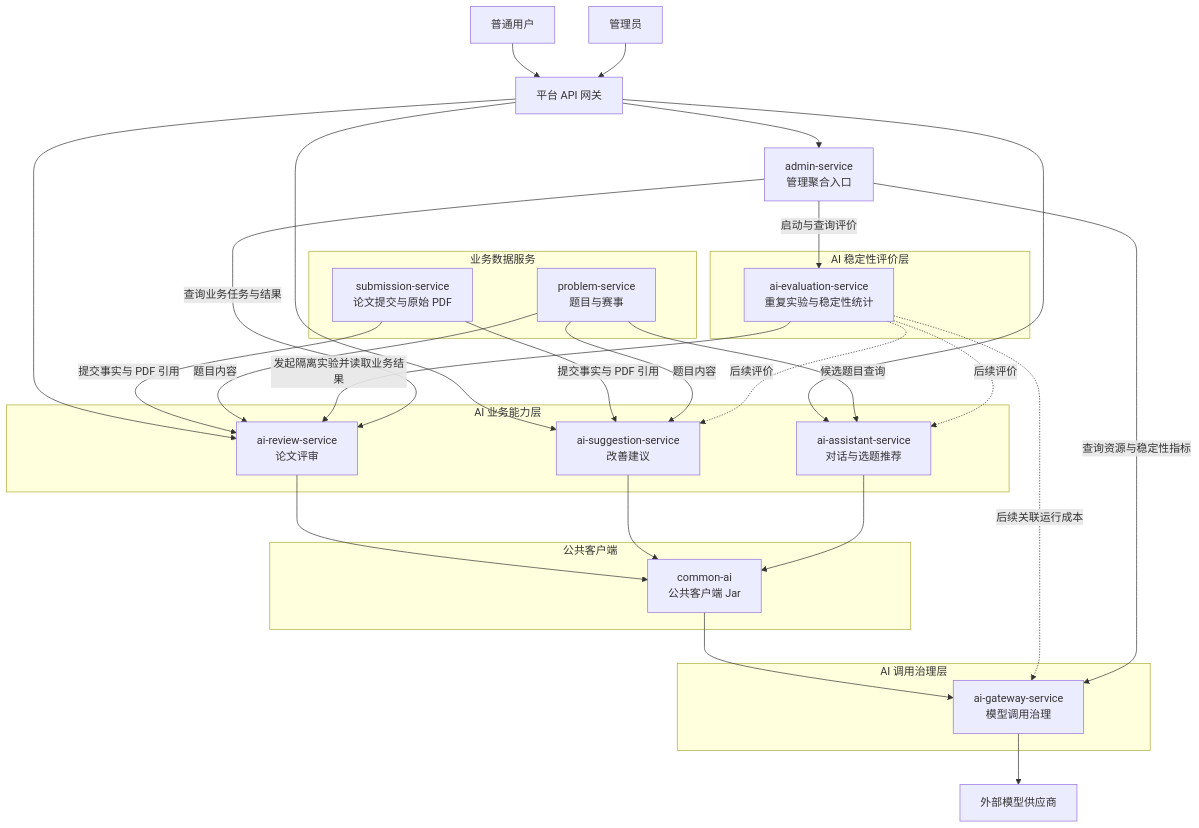
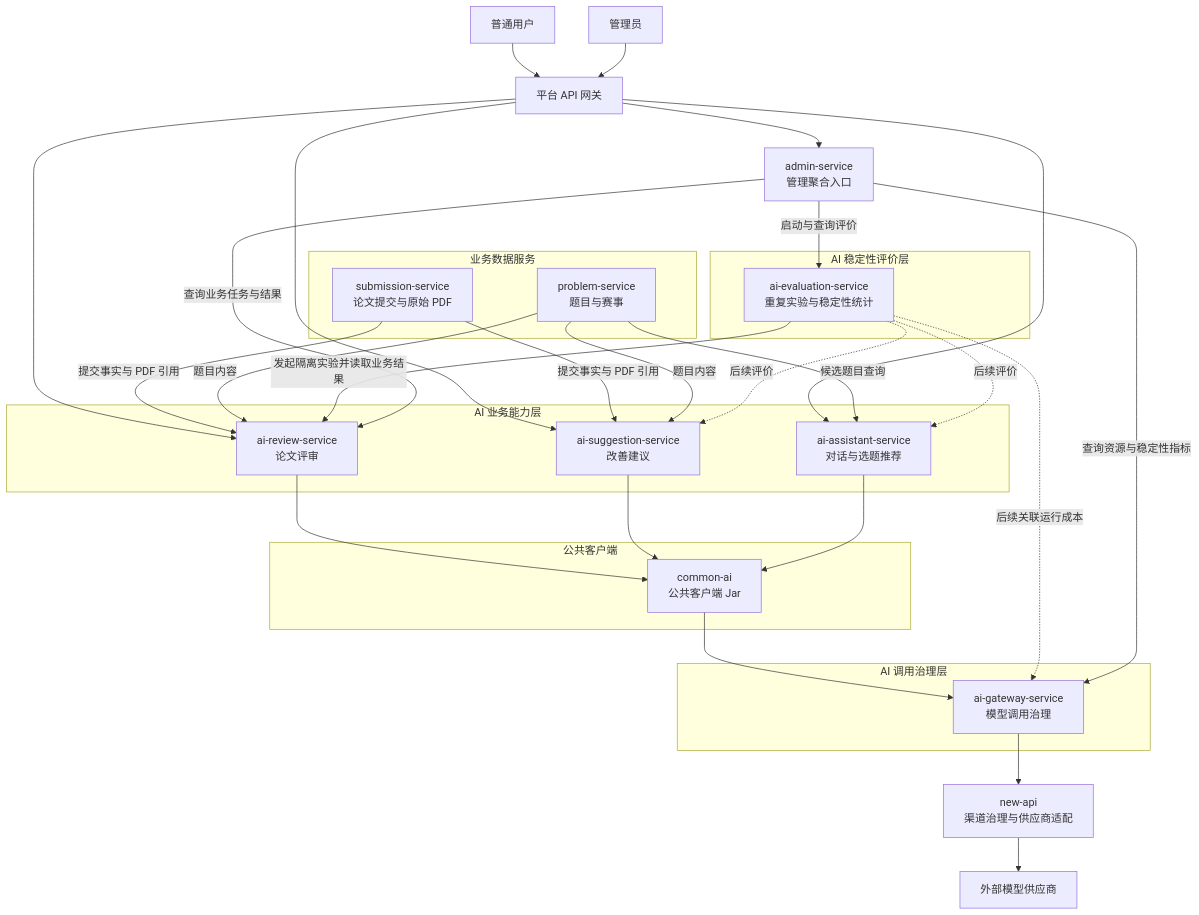
The diagram in docs/project/02-架构设计/AI系统分层.md (Dorian7Alden/LeetModel), drawn with Mermaid before and after one commit. The commit also changed other lines of this file and 18 other files, not shown here.

````diff
--- a/docs/project/02-架构设计/AI系统分层.md
+++ b/docs/project/02-架构设计/AI系统分层.md
@@ -46,60 +46,62 @@
 ```mermaid
 flowchart TB
     USER[普通用户]
     ADMIN_USER[管理员]
     API_GATEWAY[平台 API 网关]
 
     subgraph DOMAIN[业务数据服务]
         SUBMISSION[submission-service<br/>论文提交与原始 PDF]
         PROBLEM[problem-service<br/>题目与赛事]
     end
 
     subgraph BUSINESS[AI 业务能力层]
         REVIEW[ai-review-service<br/>论文评审]
         SUGGESTION[ai-suggestion-service<br/>改善建议]
         ASSISTANT[ai-assistant-service<br/>对话与选题推荐]
     end
 
     subgraph QUALITY[AI 稳定性评价层]
         EVALUATION[ai-evaluation-service<br/>重复实验与稳定性统计]
     end
 
     subgraph CLIENT[公共客户端]
         COMMON_AI[common-ai<br/>公共客户端 Jar]
     end
 
     subgraph GOVERNANCE[AI 调用治理层]
         AI_GATEWAY[ai-gateway-service<br/>模型调用治理]
     end
 
+    NEW_API[new-api<br/>渠道治理与供应商适配]
     MODEL[外部模型供应商]
 
     ADMIN[admin-service<br/>管理聚合入口]
 
     USER --> API_GATEWAY
     API_GATEWAY --> REVIEW
     API_GATEWAY --> SUGGESTION
     API_GATEWAY --> ASSISTANT
     SUBMISSION -->|提交事实与 PDF 引用| REVIEW
     SUBMISSION -->|提交事实与 PDF 引用| SUGGESTION
     PROBLEM -->|题目内容| REVIEW
     PROBLEM -->|题目内容| SUGGESTION
     PROBLEM -->|候选题目查询| ASSISTANT
 
     REVIEW --> COMMON_AI
     SUGGESTION --> COMMON_AI
     ASSISTANT --> COMMON_AI
     COMMON_AI --> AI_GATEWAY
-    AI_GATEWAY --> MODEL
+    AI_GATEWAY --> NEW_API
+    NEW_API --> MODEL
 
     EVALUATION -->|发起隔离实验并读取业务结果| REVIEW
     EVALUATION -.->|后续评价| SUGGESTION
     EVALUATION -.->|后续评价| ASSISTANT
     EVALUATION -.->|后续关联运行成本| AI_GATEWAY
 
     ADMIN_USER --> API_GATEWAY
     API_GATEWAY --> ADMIN
     ADMIN -->|启动与查询评价| EVALUATION
     ADMIN -->|查询业务任务与结果| REVIEW
     ADMIN -->|查询资源与稳定性指标| AI_GATEWAY
 ```
````
